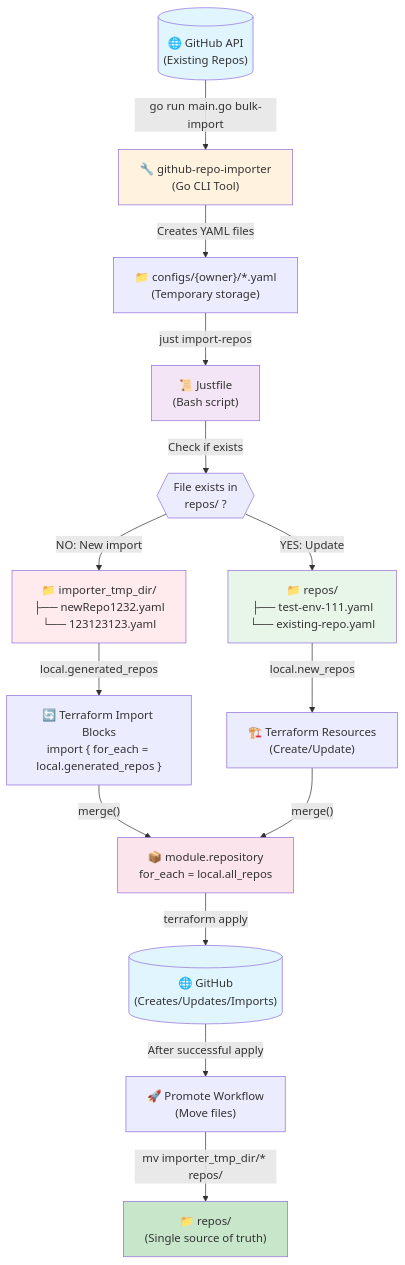
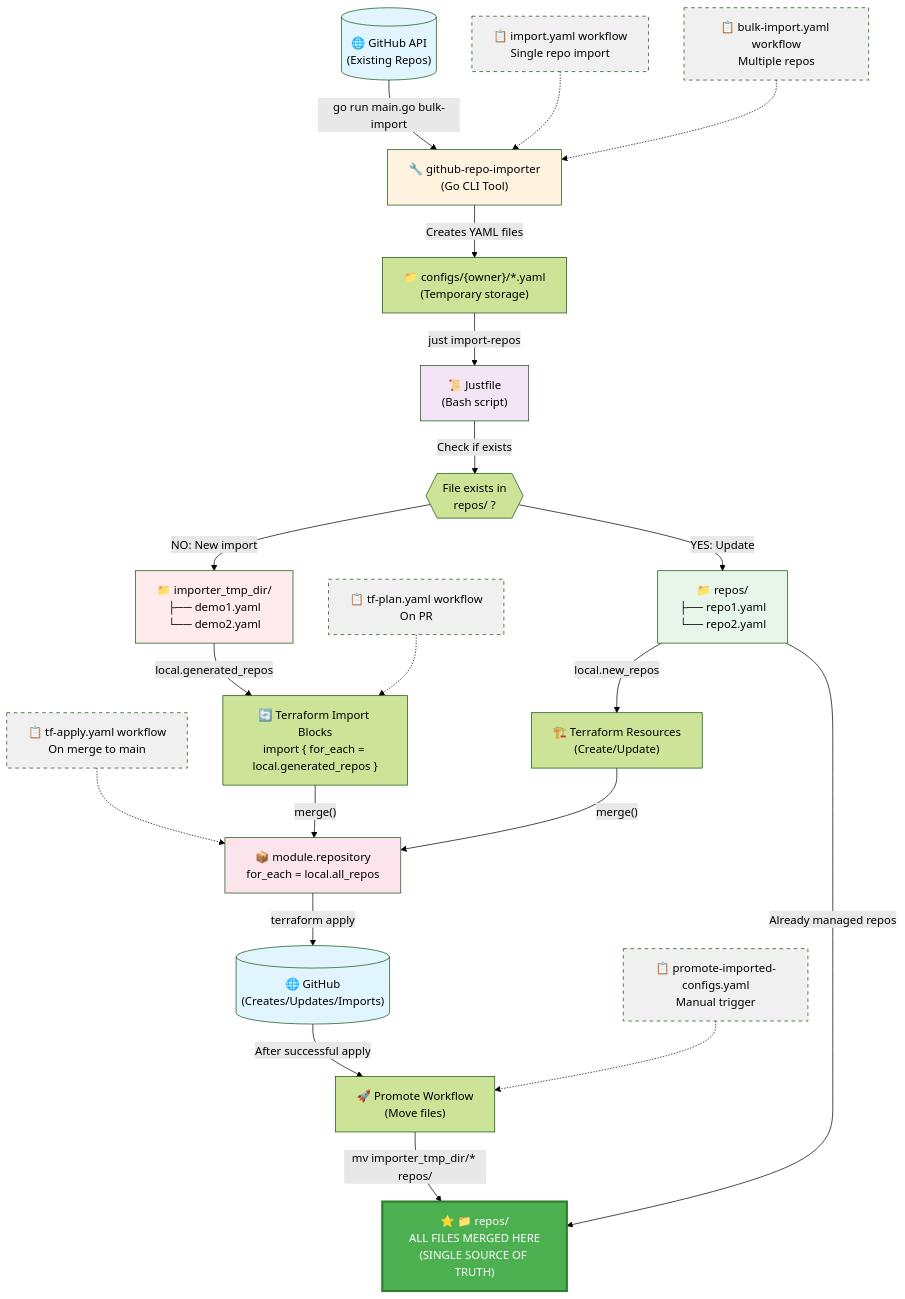
Before and after one commit to ljubon-org/github-terraformer: the diagram in docs/ci_flows.md, drawn with Mermaid. The commit also changed other lines of this file, not shown here.

Commit message:
update mermaid

````diff
--- a/docs/ci_flows.md
+++ b/docs/ci_flows.md
@@ -3,42 +3,40 @@
 ```mermaid
+---
+config:
+  theme: forest
+---
 graph TD
-    %% Step 1: GitHub Import
     GH[("🌐 GitHub API<br/>(Existing Repos)")]
-
     GH -->|"go run main.go bulk-import"| IMP["🔧 github-repo-importer<br/>(Go CLI Tool)"]
-
-    %% Step 2: YAML Storage
+    IMPORT_WF["📋 import.yaml workflow<br/>Single repo import"] -.-> IMP
+    BULK_WF["📋 bulk-import.yaml workflow<br/>Multiple repos"] -.-> IMP
     IMP -->|"Creates YAML files"| CONFIGS["📁 configs/{owner}/*.yaml<br/>(Temporary storage)"]
-
-    %% Step 3: Justfile Processing
     CONFIGS -->|"just import-repos"| JUST["📜 Justfile<br/>(Bash script)"]
-
     JUST -->|"Check if exists"| DECISION{{"File exists in<br/>repos/ ?"}}
-
-    %% Step 4: File Distribution
-    DECISION -->|"NO: New import"| TMP["📁 importer_tmp_dir/<br/>├── newRepo1232.yaml<br/>└── 123123123.yaml"]
-    DECISION -->|"YES: Update"| REPOS["📁 repos/<br/>├── test-env-111.yaml<br/>└── existing-repo.yaml"]
-
-    %% Step 5: Terraform Processing
+    DECISION -->|"NO: New import"| TMP["📁 importer_tmp_dir/<br/>├── demo1.yaml<br/>└── demo2.yaml"]
+    DECISION -->|"YES: Update"| REPOS["📁 repos/<br/>├── repo1.yaml<br/>└── repo2.yaml"]
     TMP -->|"local.generated_repos"| TF_IMPORT["🔄 Terraform Import Blocks<br/>import { for_each = local.generated_repos }"]
     REPOS -->|"local.new_repos"| TF_CREATE["🏗️ Terraform Resources<br/>(Create/Update)"]
-
+    PLAN_WF["📋 tf-plan.yaml workflow<br/>On PR"] -.-> TF_IMPORT
+    APPLY_WF["📋 tf-apply.yaml workflow<br/>On merge to main"] -.-> MODULE
     TF_IMPORT -->|"merge()"| MODULE["📦 module.repository<br/>for_each = local.all_repos"]
     TF_CREATE -->|"merge()"| MODULE
-
-    %% Step 6: GitHub Operations
     MODULE -->|"terraform apply"| GH_FINAL[("🌐 GitHub<br/>(Creates/Updates/Imports)")]
-
-    %% Step 7: Promotion
     GH_FINAL -->|"After successful apply"| PROMOTE["🚀 Promote Workflow<br/>(Move files)"]
-    PROMOTE -->|"mv importer_tmp_dir/* repos/"| REPOS_FINAL["📁 repos/<br/>(Single source of truth)"]
-
+    PROMOTE_WF["📋 promote-imported-configs.yaml<br/>Manual trigger"] -.-> PROMOTE
+    PROMOTE -->|"mv importer_tmp_dir/* repos/"| REPOS_FINAL["⭐ 📁 repos/<br/>ALL FILES MERGED HERE<br/>(SINGLE SOURCE OF TRUTH)"]
+    REPOS -->|"Already managed repos"| REPOS_FINAL
     style GH fill:#e1f5fe
     style GH_FINAL fill:#e1f5fe
     style IMP fill:#fff3e0
     style JUST fill:#f3e5f5
     style TMP fill:#ffebee
     style REPOS fill:#e8f5e9
-    style REPOS_FINAL fill:#c8e6c9
+    style REPOS_FINAL fill:#4caf50,stroke:#2e7d32,stroke-width:3px,color:#fff
     style MODULE fill:#fce4ec
+    style IMPORT_WF fill:#f0f0f0,stroke-dasharray: 5 5
+    style BULK_WF fill:#f0f0f0,stroke-dasharray: 5 5
+    style PLAN_WF fill:#f0f0f0,stroke-dasharray: 5 5
+    style APPLY_WF fill:#f0f0f0,stroke-dasharray: 5 5
+    style PROMOTE_WF fill:#f0f0f0,stroke-dasharray: 5 5
 ```
````
